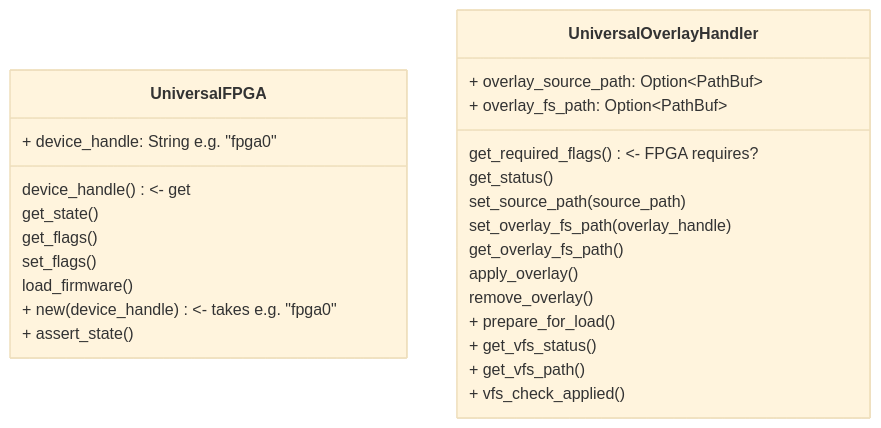
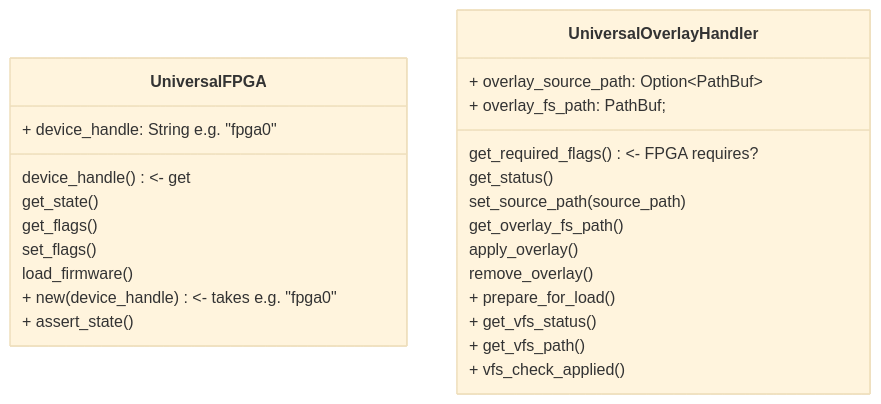
One commit to canonical/fpgad changed the diagram in src/platforms/universal_components/README.md. Above: the diagram before and after it, drawn with Mermaid (base theme). The commit also changed 5 other files, not shown here.

First line of the commit message:
platforms: overlay handler can no longer exist without overlay_fs_path

````diff
--- a/src/platforms/universal_components/README.md
+++ b/src/platforms/universal_components/README.md
@@ -17,28 +17,27 @@
 ```mermaid
 classDiagram
     class UniversalFPGA {
         + device_handle: String e.g. "fpga0"
         device_handle() <- get
         get_state()
         get_flags()
         set_flags()
         load_firmware()
         + new(device_handle) <- takes e.g. "fpga0"
         + assert_state()
     }
     class UniversalOverlayHandler {
         + overlay_source_path: Option&lt;PathBuf&gt;
-        + overlay_fs_path: Option&lt;PathBuf&gt;
+        + overlay_fs_path: PathBuf;
         get_required_flags() <- FPGA requires?
         get_status()
         set_source_path(source_path)
-        set_overlay_fs_path(overlay_handle)
         get_overlay_fs_path()
         apply_overlay()
         remove_overlay()
         + prepare_for_load()
         + get_vfs_status()
         + get_vfs_path()
         + vfs_check_applied()
     }
 ```
````
